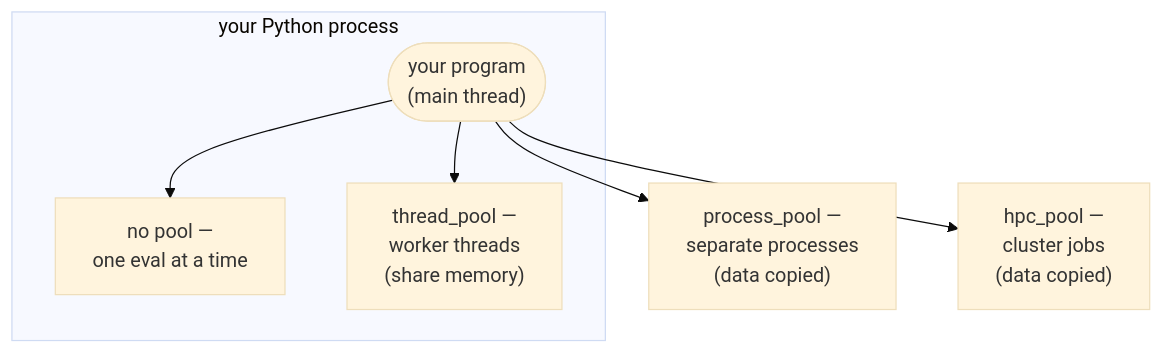
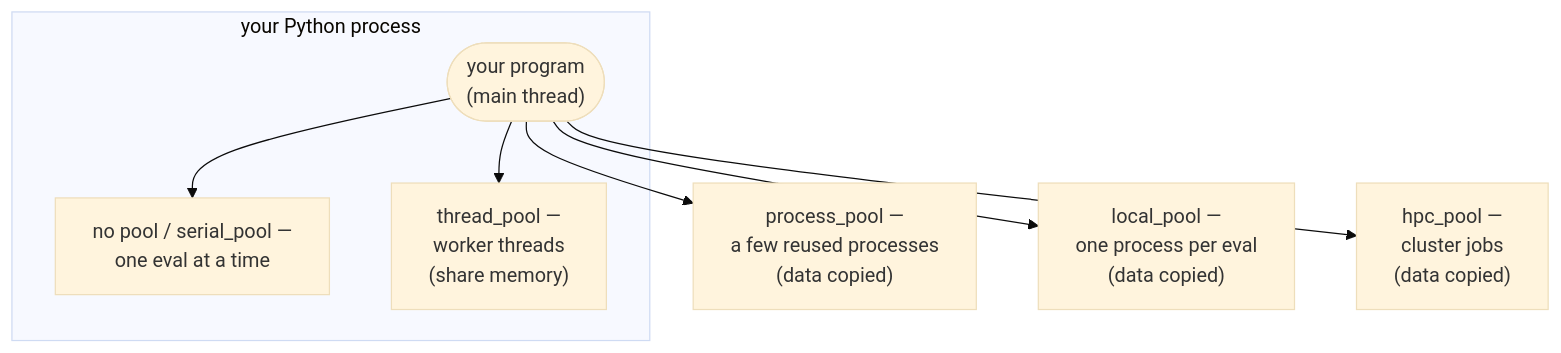
One commit to TNO-ropt/ropt changed the diagram in docs/getting_started/execution.md. Above: the diagram before and after it, drawn with Mermaid (base theme). The commit also changed other lines of this file and 3 other files, not shown here.

````diff
--- a/docs/getting_started/execution.md
+++ b/docs/getting_started/execution.md
@@ -24,14 +26,16 @@
 ```mermaid
 flowchart TB
     subgraph proc["your Python process"]
         main(["your program<br/>(main thread)"])
-        seq["no pool —<br/>one eval at a time"]
+        seq["no pool / serial_pool —<br/>one eval at a time"]
         th["thread_pool —<br/>worker threads<br/>(share memory)"]
     end
-    wp["process_pool —<br/>separate processes<br/>(data copied)"]
+    wp["process_pool —<br/>a few reused processes<br/>(data copied)"]
+    loc["local_pool —<br/>one process per eval<br/>(data copied)"]
     clu["hpc_pool —<br/>cluster jobs<br/>(data copied)"]
     main --> seq
     main --> th
     main --> wp
+    main --> loc
     main --> clu
 ```
````
